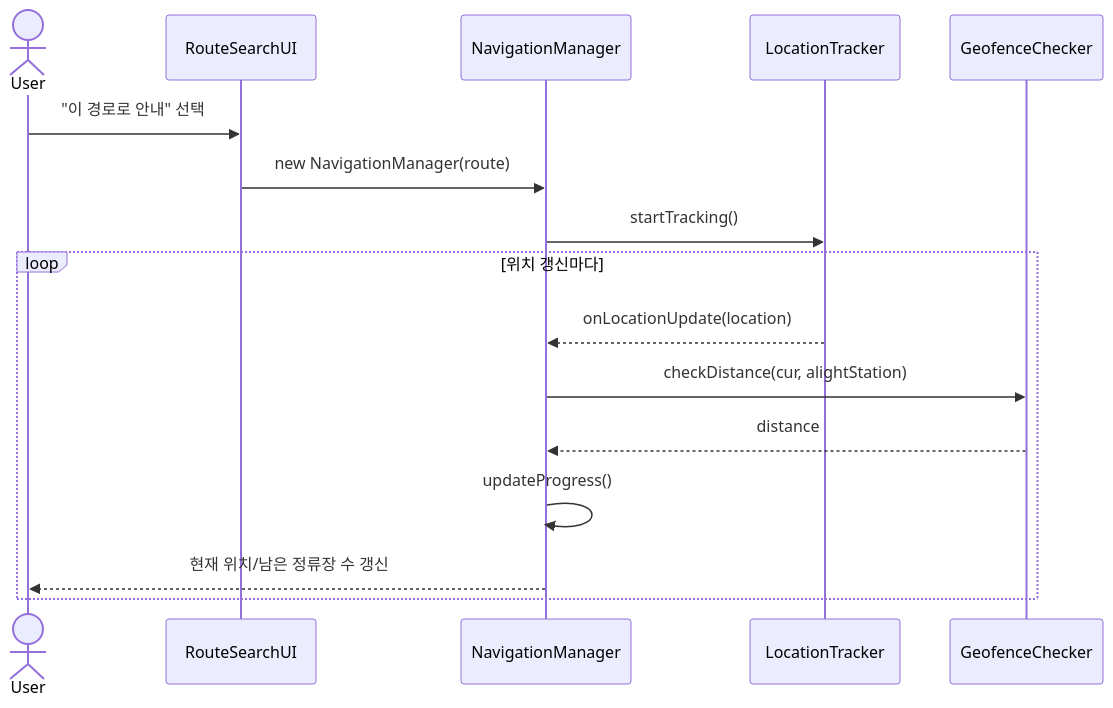
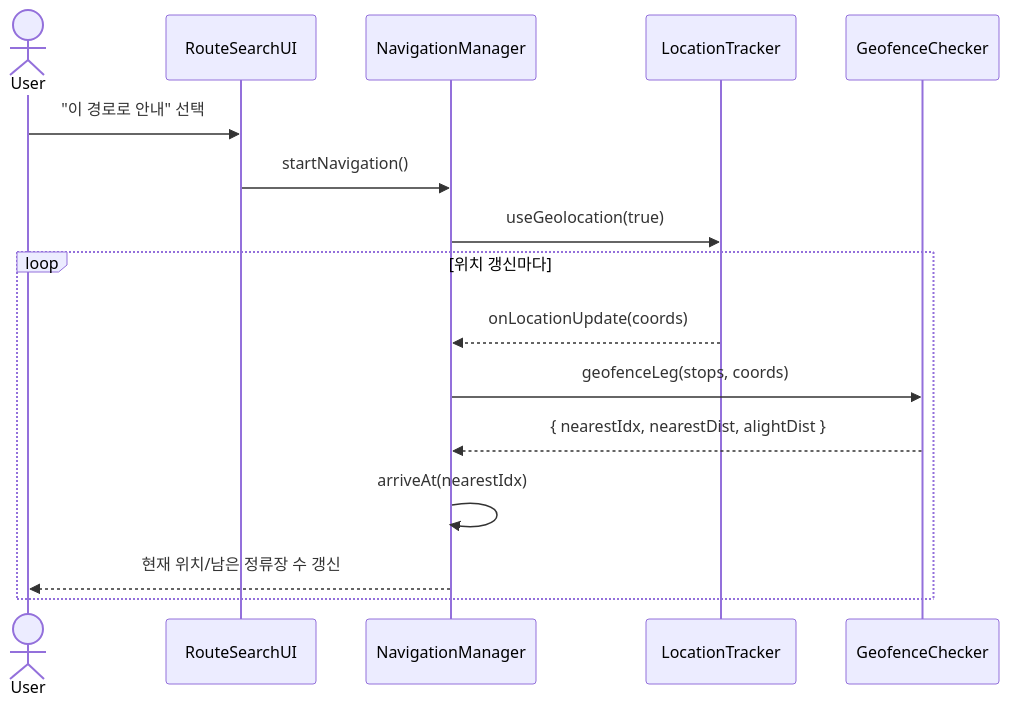
The diagram in diagrams/sequence-start-navigation.mmd (moonchanju/adigasu), drawn with Mermaid before and after one commit. The commit also changed 10 other files, not shown here.

First line of the commit message:
docs: 다이어그램·문서 정합 — 시퀀스/상태도 메소드명을 코드 기준으로 통일

```diff
--- a/diagrams/sequence-start-navigation.mmd
+++ b/diagrams/sequence-start-navigation.mmd
@@ -1,16 +1,16 @@
 sequenceDiagram
   actor User
   participant UI as RouteSearchUI
   participant NM as NavigationManager
   participant LT as LocationTracker
   participant GC as GeofenceChecker
   User->>UI: "이 경로로 안내" 선택
-  UI->>NM: new NavigationManager(route)
-  NM->>LT: startTracking()
+  UI->>NM: startNavigation()
+  NM->>LT: useGeolocation(true)
   loop 위치 갱신마다
-    LT-->>NM: onLocationUpdate(location)
-    NM->>GC: checkDistance(cur, alightStation)
-    GC-->>NM: distance
-    NM->>NM: updateProgress()
+    LT-->>NM: onLocationUpdate(coords)
+    NM->>GC: geofenceLeg(stops, coords)
+    GC-->>NM: { nearestIdx, nearestDist, alightDist }
+    NM->>NM: arriveAt(nearestIdx)
     NM-->>User: 현재 위치/남은 정류장 수 갱신
   end
```
